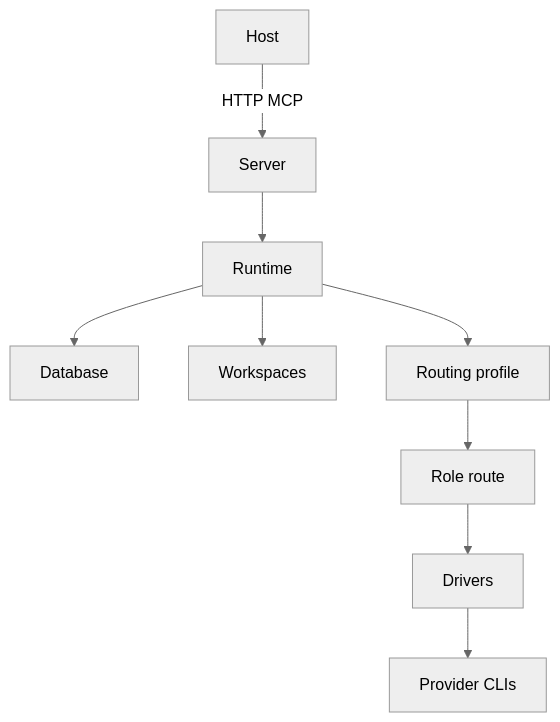
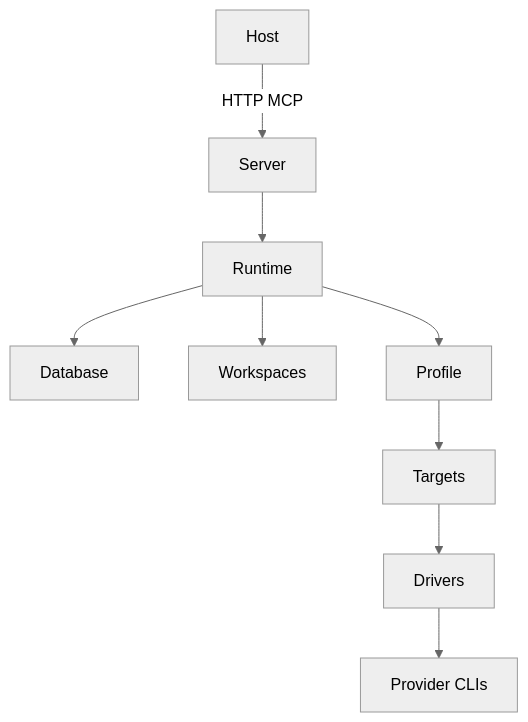
The diagram in server/AGENTS.md (sitien173/refract), drawn with Mermaid (neutral theme) before and after one commit. The commit also changed other lines of this file and 40 other files, not shown here.

````diff
--- a/server/AGENTS.md
+++ b/server/AGENTS.md
@@ -71,11 +70,11 @@
 ```mermaid
 flowchart TD
     Host -->|HTTP MCP| Server
     Server --> Runtime
     Runtime --> Database
     Runtime --> Workspaces
-    Runtime --> Profiles[Routing profile]
-    Profiles --> Routes[Role route]
-    Routes --> Drivers
+    Runtime --> Profiles[Profile]
+    Profiles --> Targets[Targets]
+    Targets --> Drivers
     Drivers --> CLIs[Provider CLIs]
 ```
````
